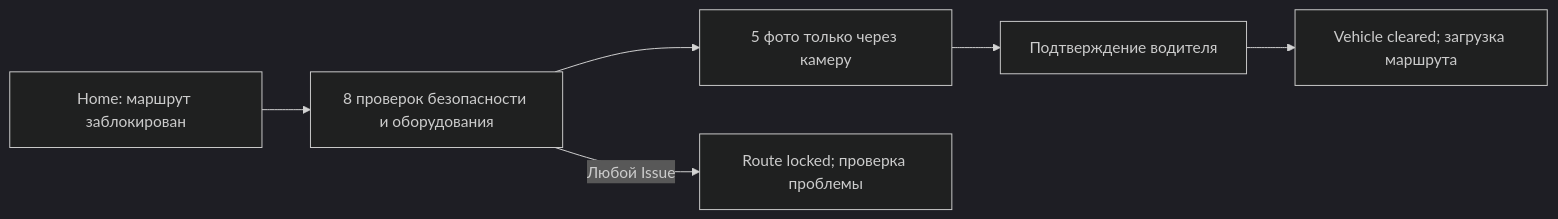
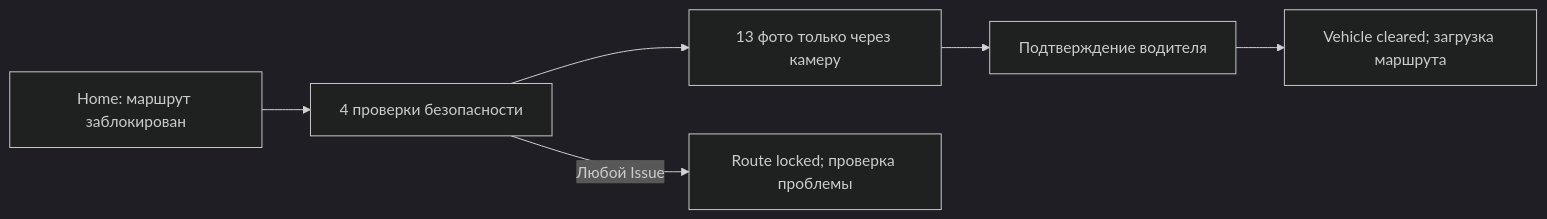
One commit to yarsuleimenov-code/Mobile_app changed the first of 4 diagrams in docs/mobile-app/ru/business-overview.md. Above: the diagram before and after it, drawn with Mermaid (dark theme). The commit also changed other lines of this file and 22 other files, not shown here.

````diff
--- a/docs/mobile-app/ru/business-overview.md
+++ b/docs/mobile-app/ru/business-overview.md
@@ -42,8 +42,8 @@
 ```mermaid
 flowchart LR
-  A["Home: маршрут заблокирован"] --> B["8 проверок безопасности и оборудования"]
-  B --> C["5 фото только через камеру"]
+  A["Home: маршрут заблокирован"] --> B["4 проверки безопасности"]
+  B --> C["13 фото только через камеру"]
   C --> D["Подтверждение водителя"]
   D --> E["Vehicle cleared; загрузка маршрута"]
   B -->|Любой Issue| F["Route locked; проверка проблемы"]
 ```
````
